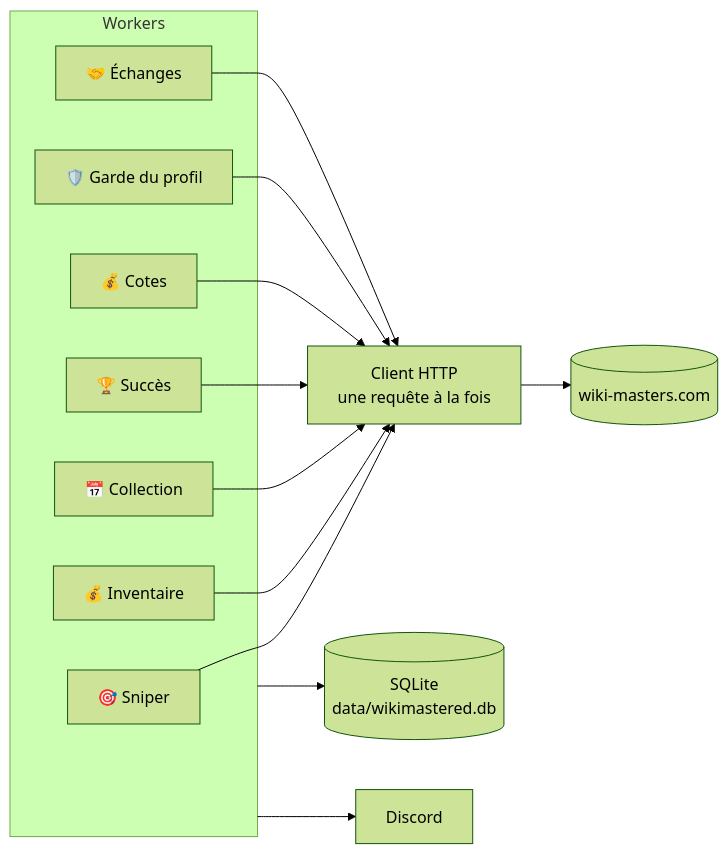
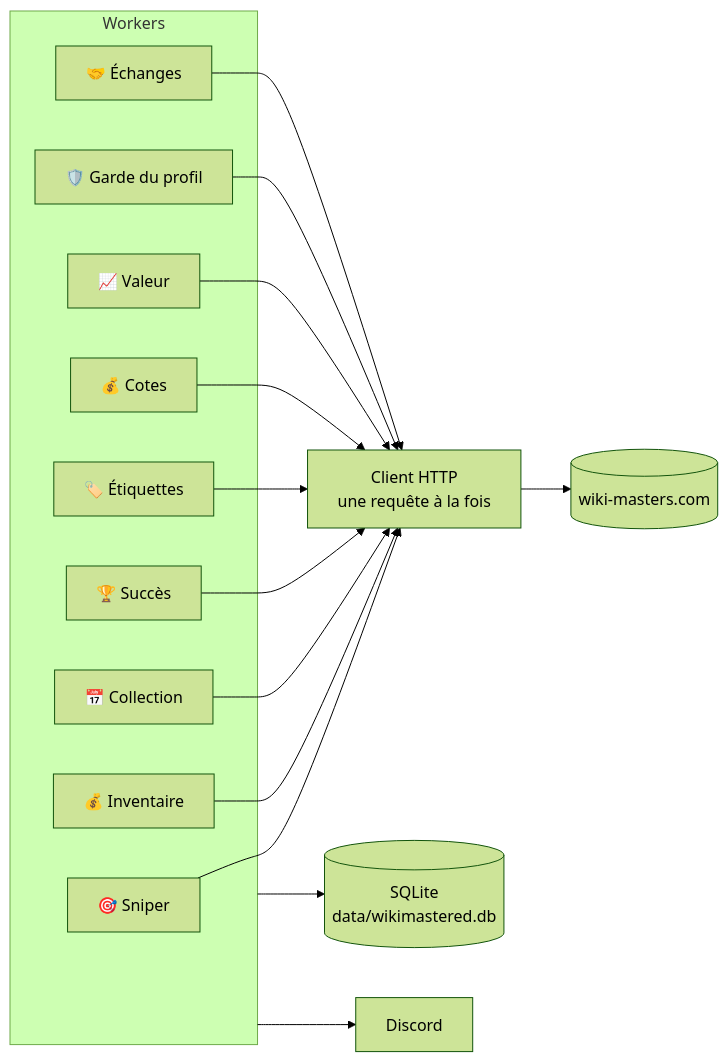
The first of 8 diagrams in docs/FONCTIONNEMENT.md (MaKSiiMe/WikiMastered), drawn with Mermaid (forest theme) before and after one commit. The commit also changed other lines of this file and 21 other files, not shown here.

````diff
--- a/docs/FONCTIONNEMENT.md
+++ b/docs/FONCTIONNEMENT.md
@@ -17,16 +19,18 @@
 ```mermaid
 flowchart LR
     subgraph Workers
         S["🎯 Sniper"]
         I["💰 Inventaire"]
         C["📅 Collection"]
         A["🏆 Succès"]
+        T["🏷️ Étiquettes"]
         V["💰 Cotes"]
+        U["📈 Valeur"]
         G["🛡️ Garde du profil"]
         E["🤝 Échanges"]
     end
-    S & I & C & A & V & G & E --> Q["Client HTTP<br/>une requête à la fois"]
+    S & I & C & A & T & V & U & G & E --> Q["Client HTTP<br/>une requête à la fois"]
     Q --> W[("wiki-masters.com")]
     Workers --> DB[("SQLite<br/>data/wikimastered.db")]
     Workers --> D["Discord"]
 ```
````
